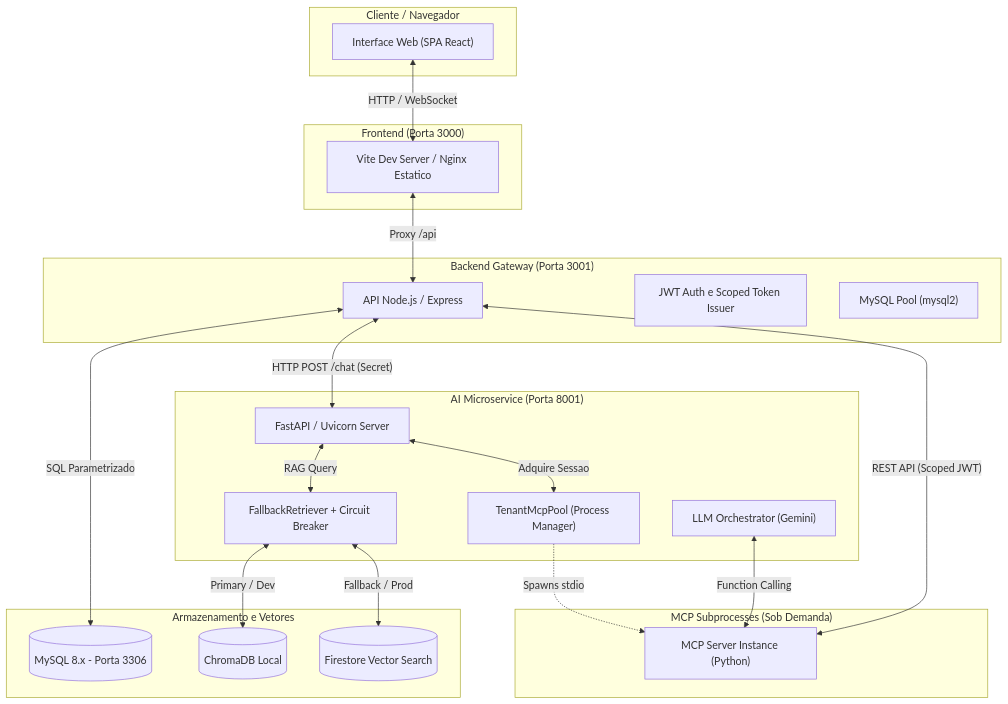
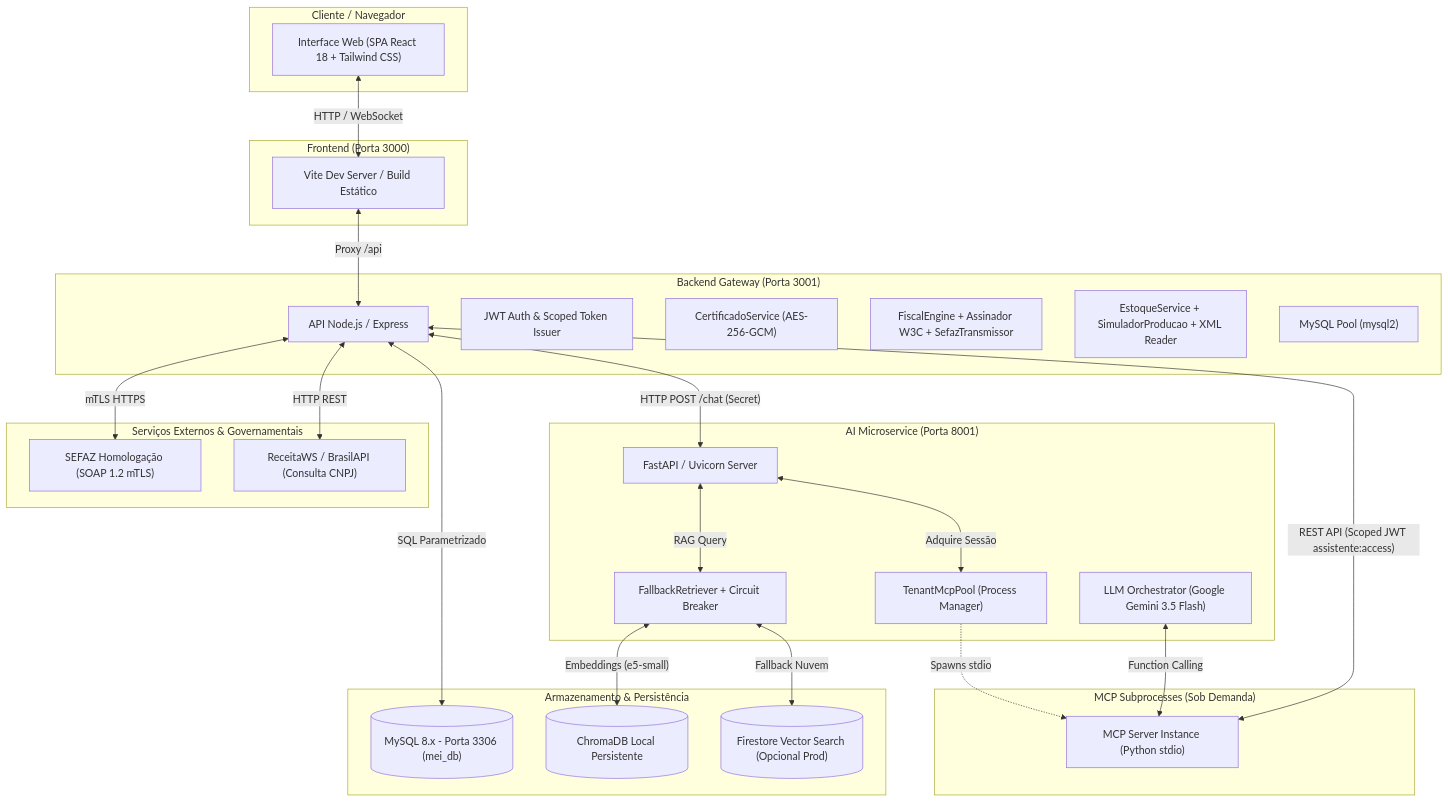
One commit to JoaoVictorOAS/projeto-final-arandue changed the diagram in README.md. Above: the diagram before and after it, drawn with Mermaid. The commit also changed other lines of this file and 6 other files, not shown here.

````diff
--- a/README.md
+++ b/README.md
@@ -42,47 +79,57 @@
 ```mermaid
 flowchart TD
     subgraph Client["Cliente / Navegador"]
-        Browser["Interface Web (SPA React)"]
+        Browser["Interface Web (SPA React 18 + Tailwind CSS)"]
     end
 
     subgraph FrontendServer["Frontend (Porta 3000)"]
-        Vite["Vite Dev Server / Nginx Estatico"]
+        Vite["Vite Dev Server / Build Estático"]
     end
 
     subgraph BackendGateway["Backend Gateway (Porta 3001)"]
         Express["API Node.js / Express"]
-        AuthMid["JWT Auth e Scoped Token Issuer"]
+        AuthMid["JWT Auth & Scoped Token Issuer"]
+        CertSec["CertificadoService (AES-256-GCM)"]
+        FiscalEng["FiscalEngine + Assinador W3C + SefazTransmissor"]
+        StockEng["EstoqueService + SimuladorProducao + XML Reader"]
         DBPool["MySQL Pool (mysql2)"]
     end
 
     subgraph AIService["AI Microservice (Porta 8001)"]
         FastAPI["FastAPI / Uvicorn Server"]
-        Orchestrator["LLM Orchestrator (Gemini)"]
+        Orchestrator["LLM Orchestrator (Google Gemini 3.5 Flash)"]
         Retriever["FallbackRetriever + Circuit Breaker"]
         McpPool["TenantMcpPool (Process Manager)"]
     end
 
     subgraph MCPServer["MCP Subprocesses (Sob Demanda)"]
-        TenantMCP["MCP Server Instance (Python)"]
+        TenantMCP["MCP Server Instance (Python stdio)"]
     end
 
-    subgraph Storage["Armazenamento e Vetores"]
-        MySQL[("MySQL 8.x - Porta 3306")]
-        Chroma[("ChromaDB Local")]
-        Firestore[("Firestore Vector Search")]
+    subgraph ExternalServices["Serviços Externos & Governamentais"]
+        SEFAZ["SEFAZ Homologação (SOAP 1.2 mTLS)"]
+        ReceitaWS["ReceitaWS / BrasilAPI (Consulta CNPJ)"]
+    end
+
+    subgraph Storage["Armazenamento & Persistência"]
+        MySQL[("MySQL 8.x - Porta 3306 (mei_db)")]
+        Chroma[("ChromaDB Local Persistente")]
+        Firestore[("Firestore Vector Search (Opcional Prod)")]
     end
 
     Browser <-->|"HTTP / WebSocket"| Vite
     Vite <-->|"Proxy /api"| Express
     Express <-->|"SQL Parametrizado"| MySQL
+    Express <-->|"mTLS HTTPS"| SEFAZ
+    Express <-->|"HTTP REST"| ReceitaWS
     Express <-->|"HTTP POST /chat (Secret)"| FastAPI
 
     FastAPI <-->|"RAG Query"| Retriever
-    Retriever <-->|"Primary / Dev"| Chroma
-    Retriever <-->|"Fallback / Prod"| Firestore
+    Retriever <-->|"Embeddings (e5-small)"| Chroma
+    Retriever <-->|"Fallback Nuvem"| Firestore
 
-    FastAPI <-->|"Adquire Sessao"| McpPool
+    FastAPI <-->|"Adquire Sessão"| McpPool
     McpPool -.->|"Spawns stdio"| TenantMCP
-    TenantMCP <-->|"REST API (Scoped JWT)"| Express
+    TenantMCP <-->|"REST API (Scoped JWT assistente:access)"| Express
     Orchestrator <-->|"Function Calling"| TenantMCP
 ```
````
